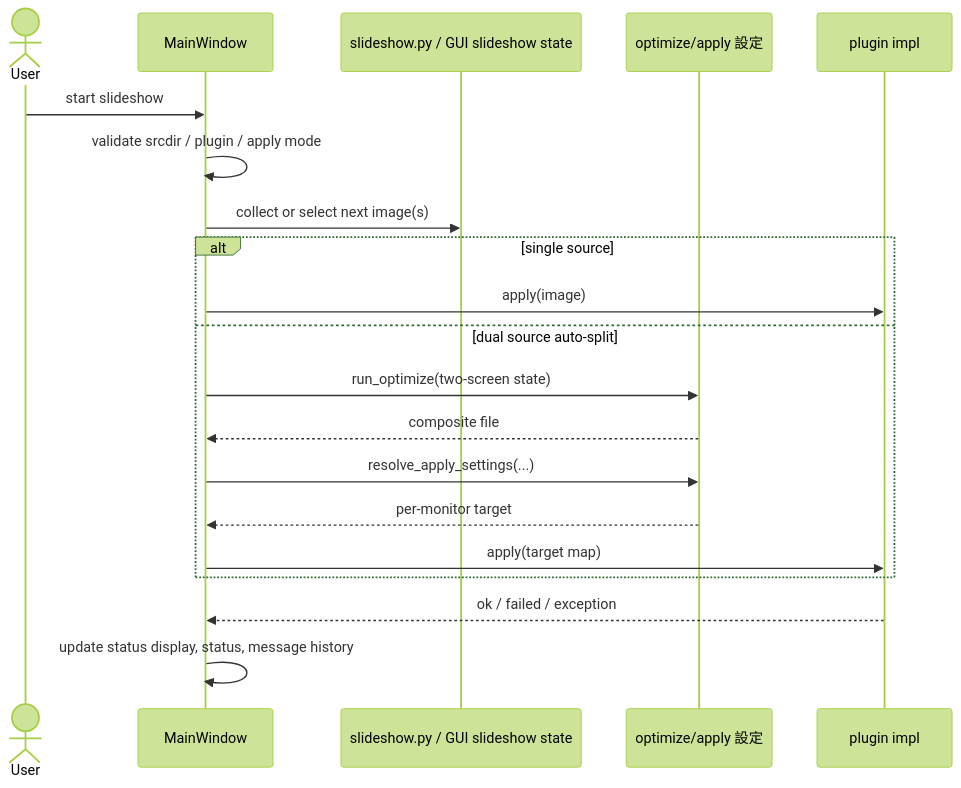
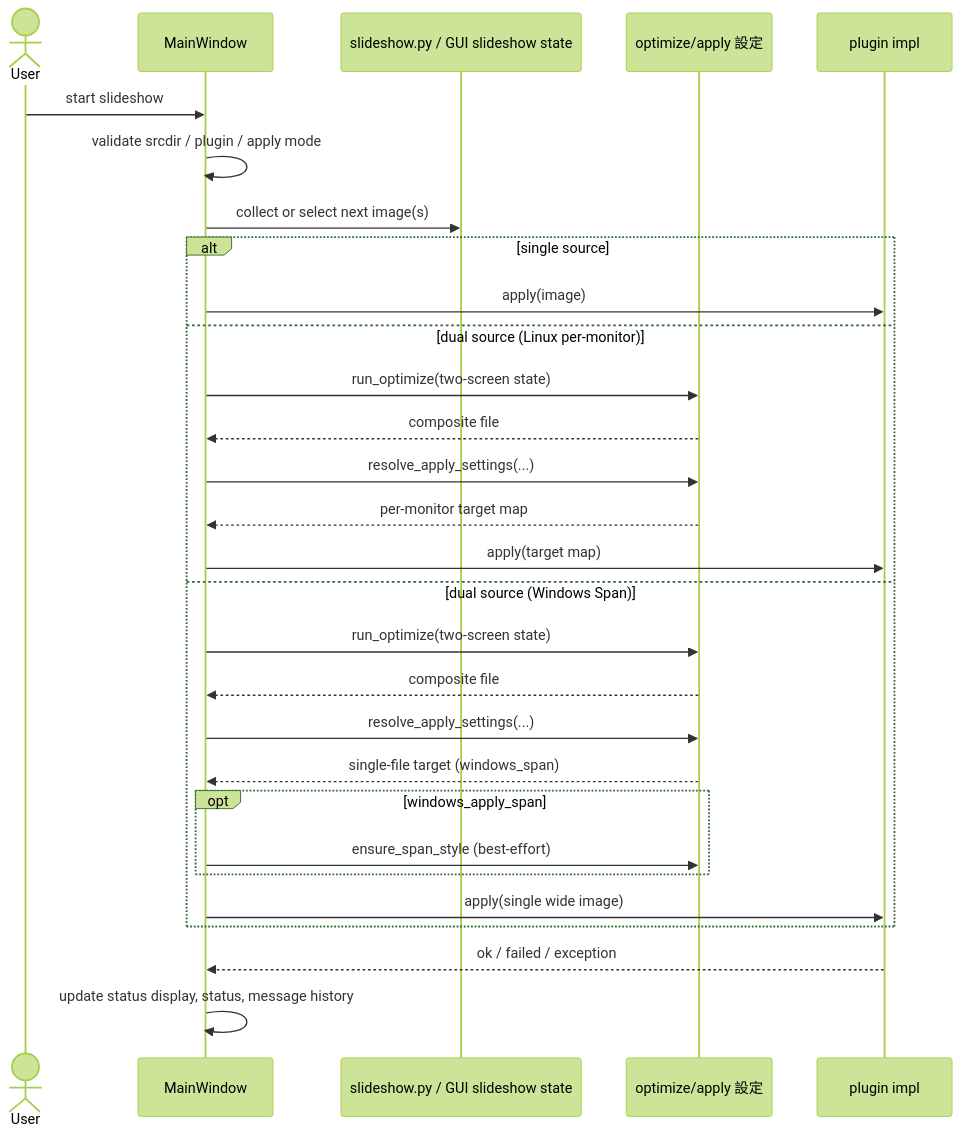
The diagram in docs/specs/slideshow/harite-slideshow-spec.md (oggy8021/Harite), drawn with Mermaid (forest theme) before and after one commit. The commit also changed other lines of this file and 5 other files, not shown here.

````diff
--- a/docs/specs/slideshow/harite-slideshow-spec.md
+++ b/docs/specs/slideshow/harite-slideshow-spec.md
@@ -38,23 +38,32 @@
 ```mermaid
 sequenceDiagram
     actor User
     participant GUI as MainWindow
     participant Slideshow as slideshow.py / GUI slideshow state
     participant Core as optimize/apply 設定
     participant Plugin as plugin impl
 
     User->>GUI: start slideshow
     GUI->>GUI: validate srcdir / plugin / apply mode
     GUI->>Slideshow: collect or select next image(s)
     alt single source
         GUI->>Plugin: apply(image)
-    else dual source auto-split
+    else dual source (Linux per-monitor)
         GUI->>Core: run_optimize(two-screen state)
         Core-->>GUI: composite file
         GUI->>Core: resolve_apply_settings(...)
-        Core-->>GUI: per-monitor target
+        Core-->>GUI: per-monitor target map
         GUI->>Plugin: apply(target map)
+    else dual source (Windows Span)
+        GUI->>Core: run_optimize(two-screen state)
+        Core-->>GUI: composite file
+        GUI->>Core: resolve_apply_settings(...)
+        Core-->>GUI: single-file target (windows_span)
+        opt windows_apply_span
+            GUI->>Core: ensure_span_style (best-effort)
+        end
+        GUI->>Plugin: apply(single wide image)
     end
     Plugin-->>GUI: ok / failed / exception
     GUI->>GUI: update status display, status, message history
 ```
````
